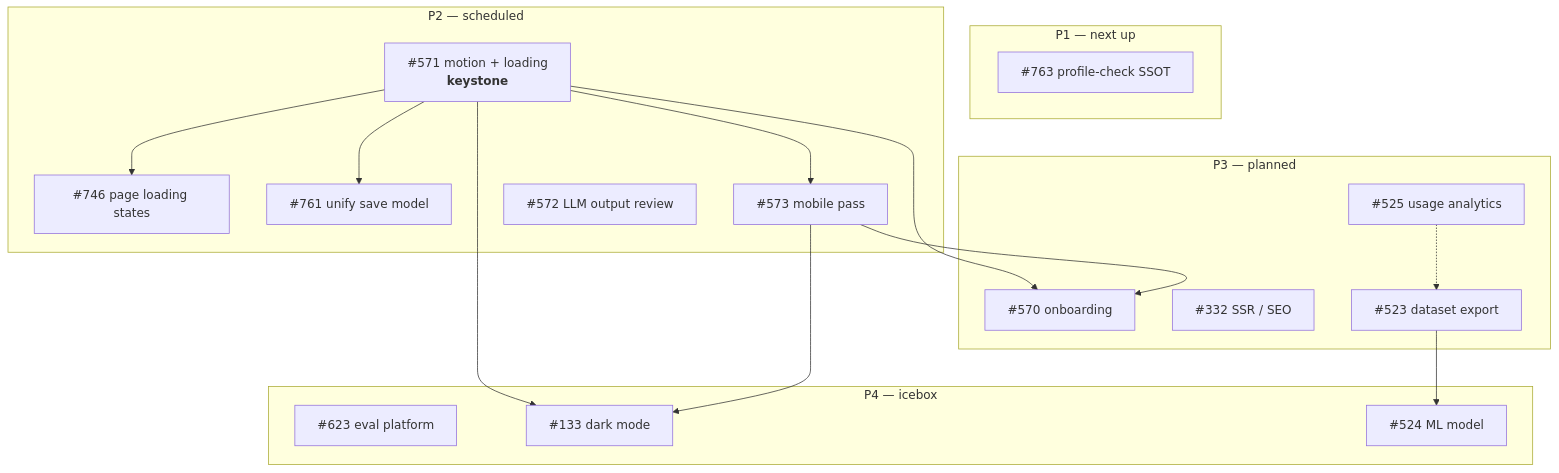
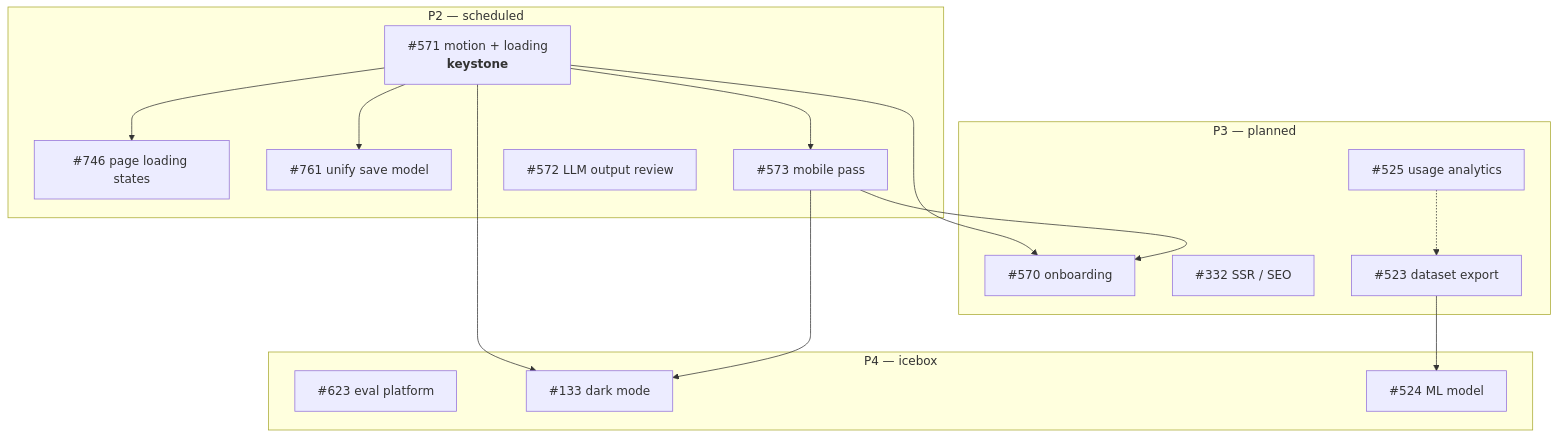
One commit to Smart-Apply/applo changed the diagram in docs/plans/ISSUE_BACKLOG.md. Above: the diagram before and after it, drawn with Mermaid. The commit also changed other lines of this file and 11 other files, not shown here.

First line of the commit message:
feat(profile): derive the profile check from one weighted source (#817)

````diff
--- a/docs/plans/ISSUE_BACKLOG.md
+++ b/docs/plans/ISSUE_BACKLOG.md
@@ -383,37 +360,33 @@
 ```mermaid
 graph TD
-  subgraph P1["P1 — next up"]
-    I763["#763 profile-check SSOT"]
-  end
-
   subgraph P2["P2 — scheduled"]
     I571["#571 motion + loading<br/><b>keystone</b>"]
     I746["#746 page loading states"]
     I761["#761 unify save model"]
     I573["#573 mobile pass"]
     I572["#572 LLM output review"]
   end
 
   subgraph P3["P3 — planned"]
     I570["#570 onboarding"]
     I332["#332 SSR / SEO"]
     I525["#525 usage analytics"]
     I523["#523 dataset export"]
   end
 
   subgraph P4["P4 — icebox"]
     I623["#623 eval platform"]
     I133["#133 dark mode"]
     I524["#524 ML model"]
   end
 
   I571 --> I746
   I571 --> I761
   I571 --> I573
   I571 --> I570
   I573 --> I570
   I571 --> I133
   I573 --> I133
   I523 --> I524
   I525 -.-> I523
 ```
````
